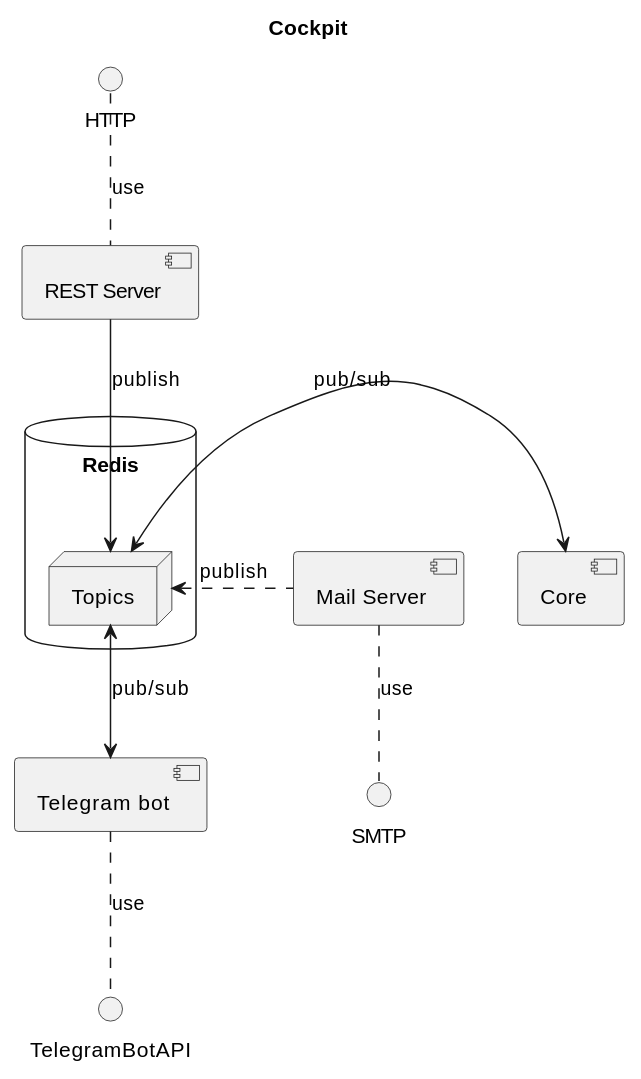
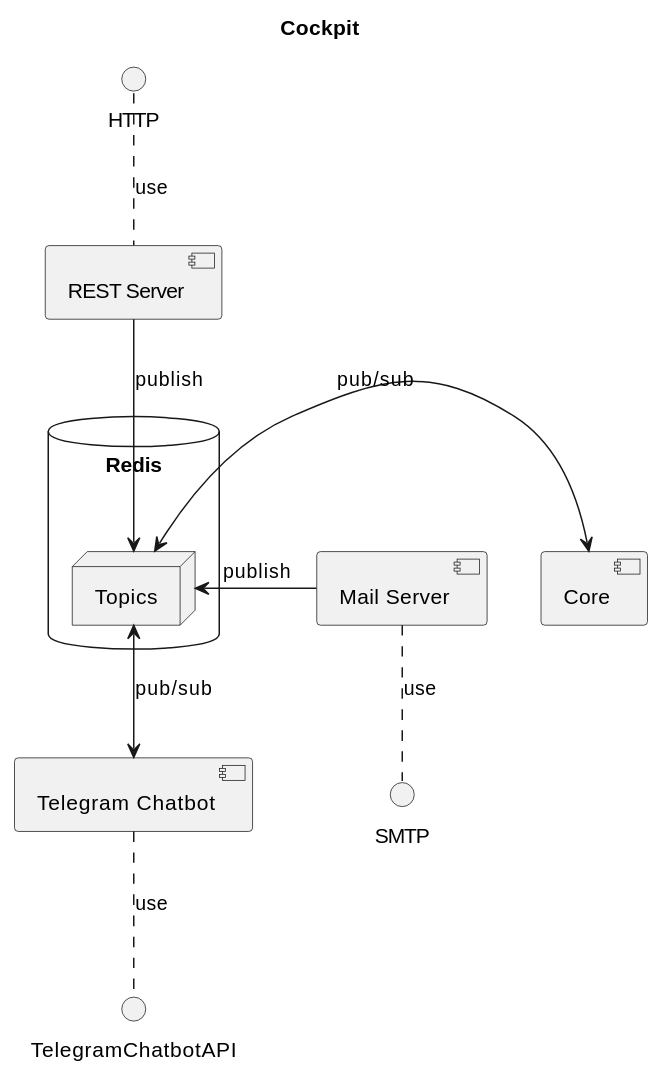
The diagram in docs/jscockpit/architecture.md (Jumpscale/g8cockpit), drawn with PlantUML before and after one commit. The commit also changed other lines of this file and 11 other files, not shown here.

```diff
--- a/docs/jscockpit/architecture.md
+++ b/docs/jscockpit/architecture.md
@@ -5,25 +7,24 @@
 {% plantuml %}
 @startuml
 title Cockpit
 [REST Server] as rest
 [Mail Server] as mail
 [Core] as core
-[Telegram bot] as telegram
+[Telegram Chatbot] as telegram
 database "Redis" {
   node Topics{
   }
 }
 
-
 rest .up. HTTP : use
 mail .down. SMTP : use
-telegram .down. TelegramBotAPI : use
+telegram .down. TelegramChatbotAPI : use
 
 rest -down-> Topics : publish
-mail .left.> Topics : publish
+mail -left-> Topics : publish
 core <-right-> Topics : pub/sub
 telegram <-up-> Topics: pub/sub
 
 
 @enduml
 {% endplantuml %}
```
